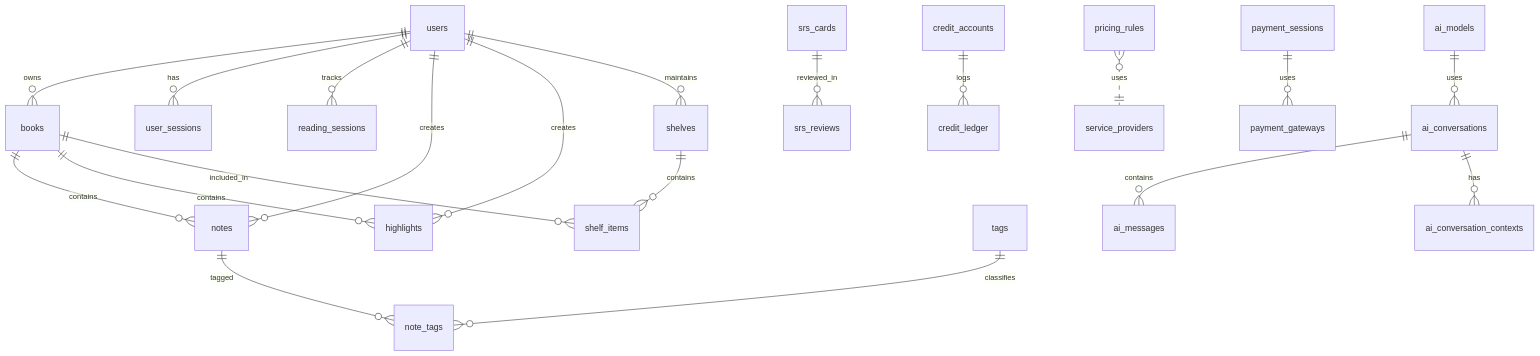
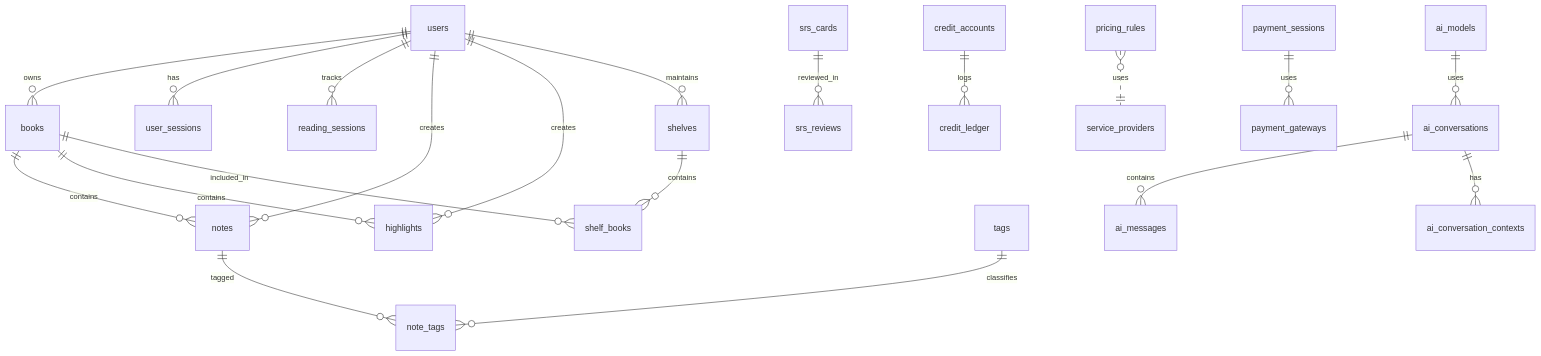
One commit to DANIELZHANG11/Athena changed the diagram in 雅典娜开发技术文档汇总/04 - 数据库全景与迁移Database_Schema_and_Migration_Log.md. Above: the diagram before and after it, drawn with Mermaid. The commit also changed other lines of this file and 157 other files, not shown here.

````diff
--- a/雅典娜开发技术文档汇总/04 - 数据库全景与迁移Database_Schema_and_Migration_Log.md
+++ b/雅典娜开发技术文档汇总/04 - 数据库全景与迁移Database_Schema_and_Migration_Log.md
@@ -73,22 +171,22 @@
 ```mermaid
 erDiagram
     users ||--o{ books : owns
     users ||--o{ user_sessions : has
     users ||--o{ reading_sessions : tracks
     users ||--o{ notes : creates
     users ||--o{ highlights : creates
     users ||--o{ shelves : maintains
     books ||--o{ notes : contains
     books ||--o{ highlights : contains
-    books ||--o{ shelf_items : included_in
-    shelves ||--o{ shelf_items : contains
+    books ||--o{ shelf_books : included_in
+    shelves ||--o{ shelf_books : contains
     notes ||--o{ note_tags : tagged
     tags ||--o{ note_tags : classifies
     ai_conversations ||--o{ ai_messages : contains
     ai_conversations ||--o{ ai_conversation_contexts : has
     srs_cards ||--o{ srs_reviews : reviewed_in
     credit_accounts ||--o{ credit_ledger : logs
     pricing_rules }o..|| service_providers : uses
     ai_models ||--o{ ai_conversations : uses
     payment_sessions ||--o{ payment_gateways : uses
 ```
````
